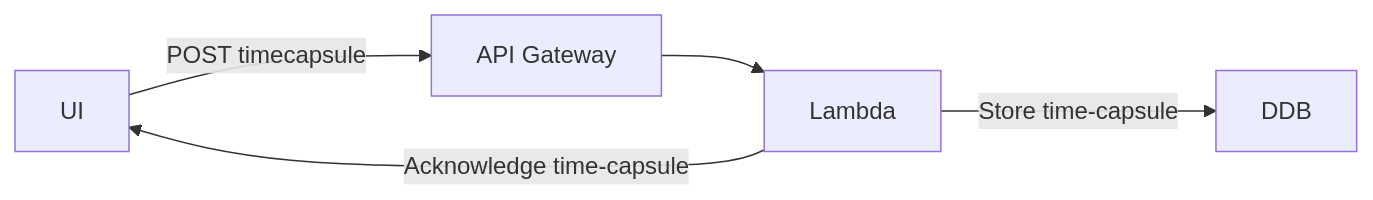
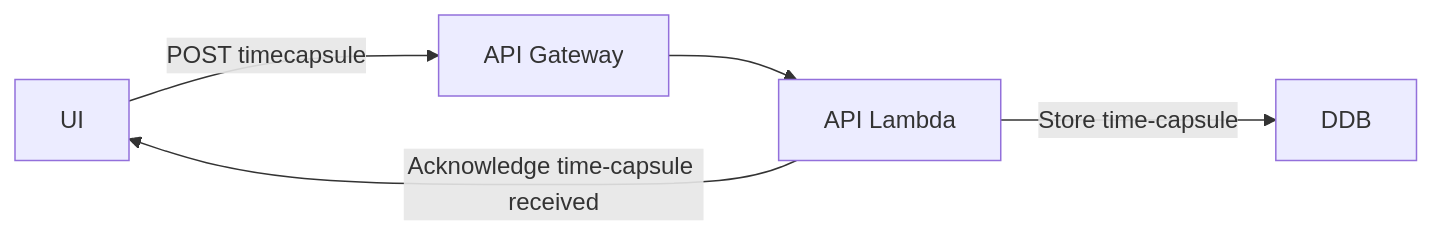
The first of 3 diagrams in docs/specifications.md (GautierBlandin/time-capsule), drawn with Mermaid before and after one commit. The commit also changed other lines of this file, not shown here.

Commit message:
docs: improvement architecture diagrams

````diff
--- a/docs/specifications.md
+++ b/docs/specifications.md
@@ -23,7 +24,7 @@
 ```mermaid
 flowchart LR
     UI --POST timecapsule--> API[API Gateway]
-    API --> Lambda
-    Lambda --Acknowledge time-capsule-->UI
+    API --> Lambda[API Lambda]
+    Lambda --Acknowledge time-capsule received-->UI
     Lambda --Store time-capsule-->DDB
 ```
````
